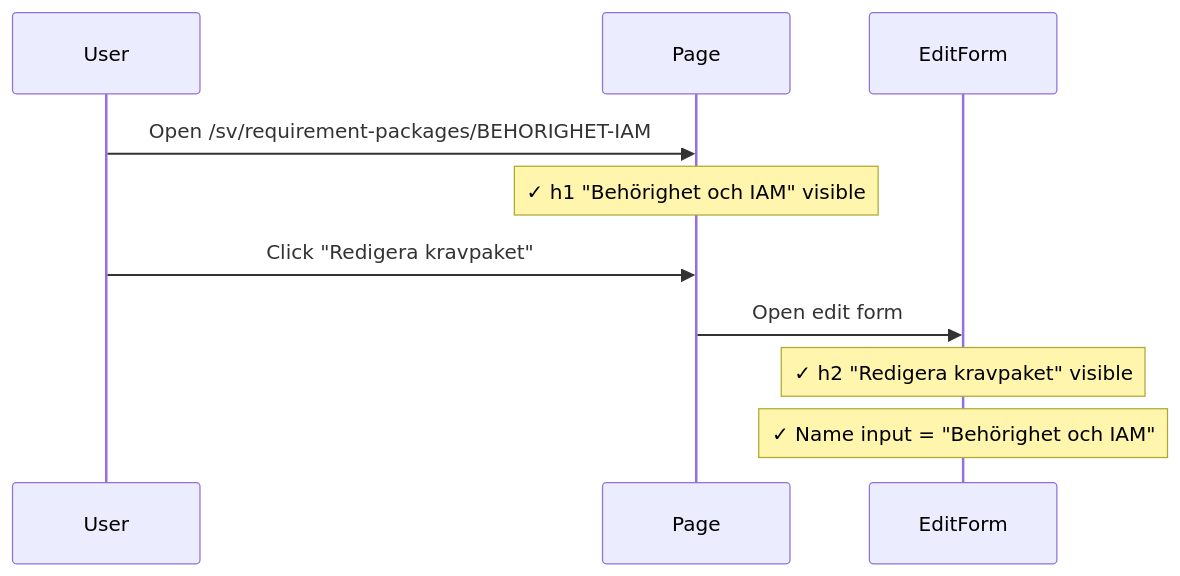
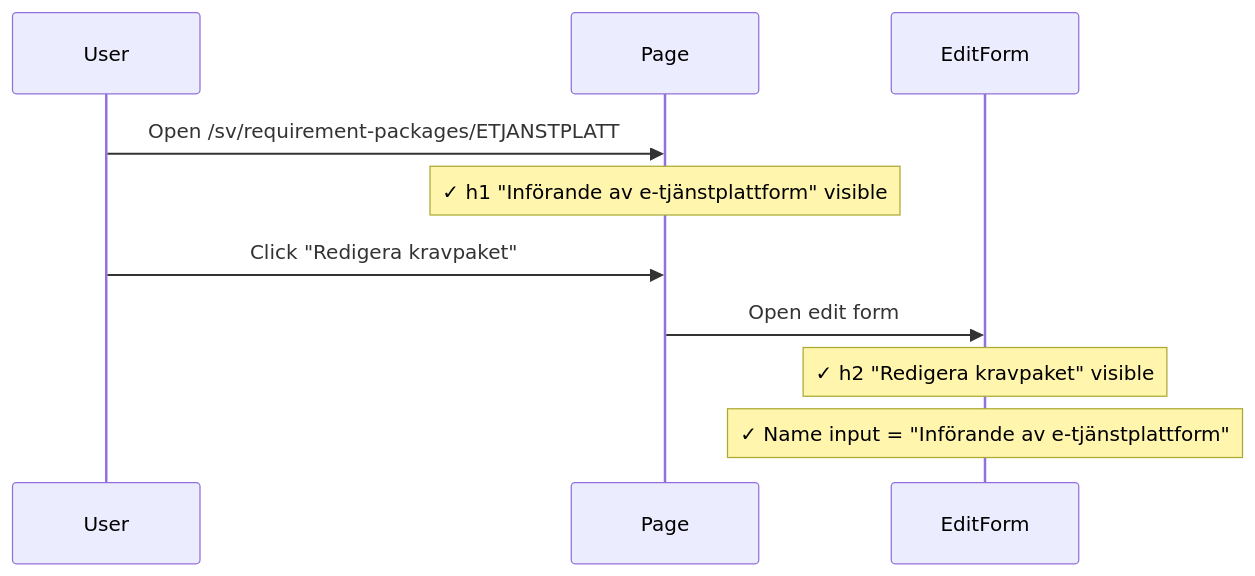
One commit to viscalyx/Kravhantering changed the second of 4 diagrams in tests/integration/requirement-package-detail.md. Above: the diagram before and after it, drawn with Mermaid. The commit also changed other lines of this file and 20 other files, not shown here.

````diff
--- a/tests/integration/requirement-package-detail.md
+++ b/tests/integration/requirement-package-detail.md
@@ -76,13 +76,13 @@
 ```mermaid
 sequenceDiagram
     participant U as User
     participant P as Page
     participant F as EditForm
 
-    U->>P: Open /sv/requirement-packages/BEHORIGHET-IAM
-    Note over P: ✓ h1 "Behörighet och IAM" visible
+    U->>P: Open /sv/requirement-packages/ETJANSTPLATT
+    Note over P: ✓ h1 "Införande av e-tjänstplattform" visible
     U->>P: Click "Redigera kravpaket"
     P->>F: Open edit form
     Note over F: ✓ h2 "Redigera kravpaket" visible
-    Note over F: ✓ Name input = "Behörighet och IAM"
+    Note over F: ✓ Name input = "Införande av e-tjänstplattform"
 ```
````
